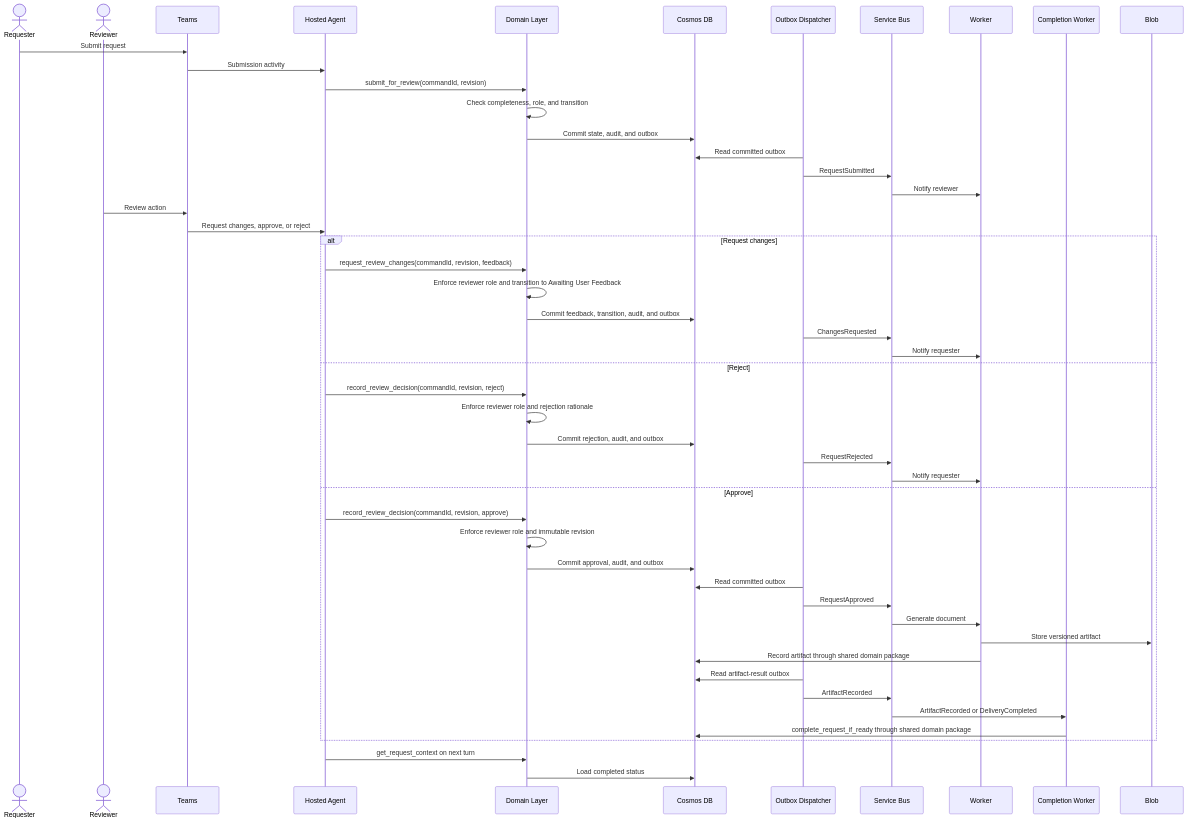
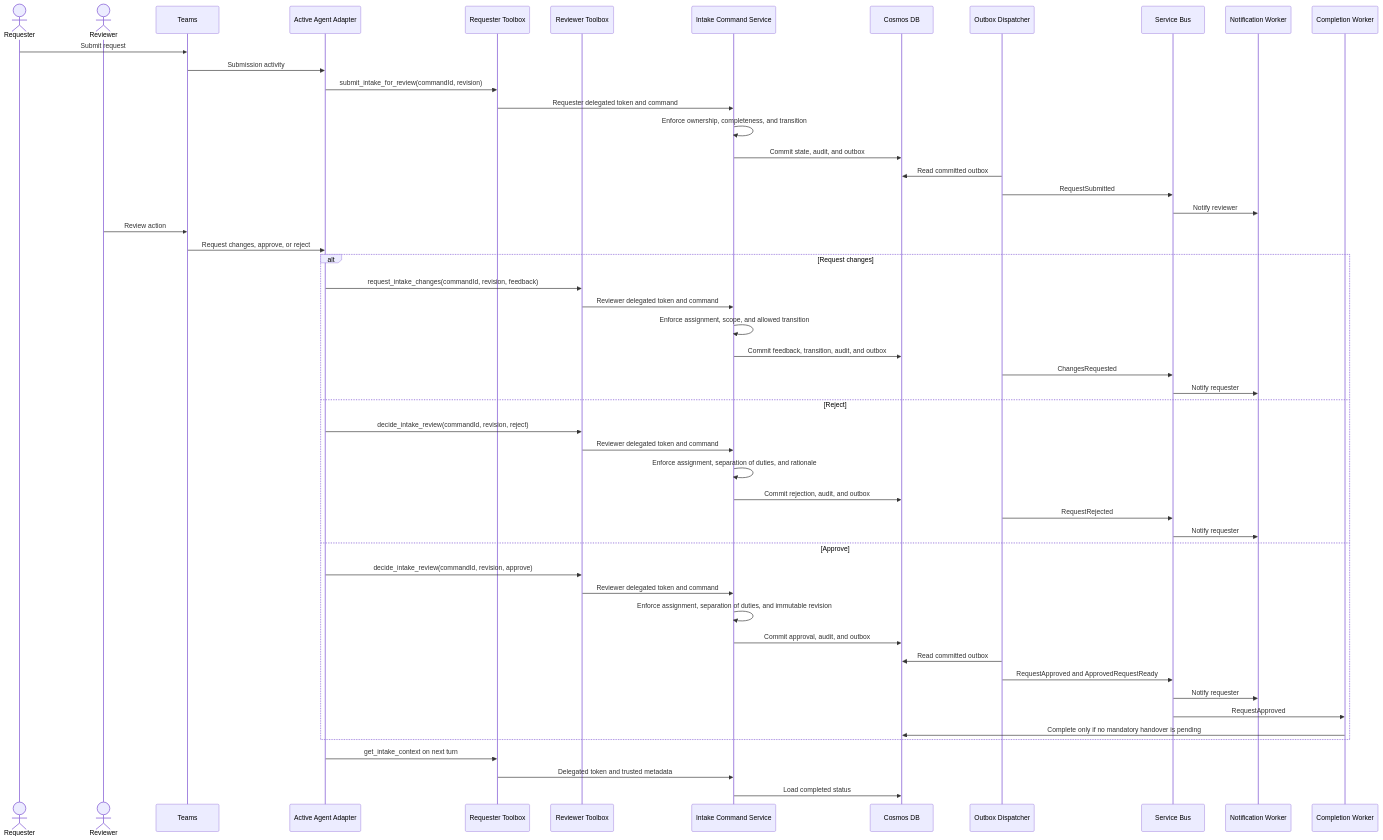
One commit to duongthaiha/intake-agent changed the seventh of 13 diagrams in docs/architecture-design.md. Above: the diagram before and after it, drawn with Mermaid. The commit also changed other lines of this file and 1 other file, not shown here.

````diff
--- a/docs/architecture-design.md
+++ b/docs/architecture-design.md
@@ -552,53 +615,55 @@
 ```mermaid
 sequenceDiagram
     actor Requester
     actor Reviewer
     participant Teams
-    participant Agent as Hosted Agent
-    participant Domain as Domain Layer
+    participant Agent as Active Agent Adapter
+    participant RequesterTools as Requester Toolbox
+    participant ReviewerTools as Reviewer Toolbox
+    participant MCP as Intake Command Service
     participant DB as Cosmos DB
     participant Dispatcher as Outbox Dispatcher
     participant Bus as Service Bus
-    participant Worker
+    participant Notification as Notification Worker
     participant Completion as Completion Worker
-    participant Blob
 
     Requester->>Teams: Submit request
     Teams->>Agent: Submission activity
-    Agent->>Domain: submit_for_review(commandId, revision)
-    Domain->>Domain: Check completeness, role, and transition
-    Domain->>DB: Commit state, audit, and outbox
+    Agent->>RequesterTools: submit_intake_for_review(commandId, revision)
+    RequesterTools->>MCP: Requester delegated token and command
+    MCP->>MCP: Enforce ownership, completeness, and transition
+    MCP->>DB: Commit state, audit, and outbox
     Dispatcher->>DB: Read committed outbox
     Dispatcher->>Bus: RequestSubmitted
-    Bus->>Worker: Notify reviewer
+    Bus->>Notification: Notify reviewer
     Reviewer->>Teams: Review action
     Teams->>Agent: Request changes, approve, or reject
     alt Request changes
-        Agent->>Domain: request_review_changes(commandId, revision, feedback)
-        Domain->>Domain: Enforce reviewer role and transition to Awaiting User Feedback
-        Domain->>DB: Commit feedback, transition, audit, and outbox
+        Agent->>ReviewerTools: request_intake_changes(commandId, revision, feedback)
+        ReviewerTools->>MCP: Reviewer delegated token and command
+        MCP->>MCP: Enforce assignment, scope, and allowed transition
+        MCP->>DB: Commit feedback, transition, audit, and outbox
         Dispatcher->>Bus: ChangesRequested
-        Bus->>Worker: Notify requester
+        Bus->>Notification: Notify requester
     else Reject
-        Agent->>Domain: record_review_decision(commandId, revision, reject)
-        Domain->>Domain: Enforce reviewer role and rejection rationale
-        Domain->>DB: Commit rejection, audit, and outbox
+        Agent->>ReviewerTools: decide_intake_review(commandId, revision, reject)
+        ReviewerTools->>MCP: Reviewer delegated token and command
+        MCP->>MCP: Enforce assignment, separation of duties, and rationale
+        MCP->>DB: Commit rejection, audit, and outbox
         Dispatcher->>Bus: RequestRejected
-        Bus->>Worker: Notify requester
+        Bus->>Notification: Notify requester
     else Approve
-        Agent->>Domain: record_review_decision(commandId, revision, approve)
-        Domain->>Domain: Enforce reviewer role and immutable revision
-        Domain->>DB: Commit approval, audit, and outbox
+        Agent->>ReviewerTools: decide_intake_review(commandId, revision, approve)
+        ReviewerTools->>MCP: Reviewer delegated token and command
+        MCP->>MCP: Enforce assignment, separation of duties, and immutable revision
+        MCP->>DB: Commit approval, audit, and outbox
         Dispatcher->>DB: Read committed outbox
-        Dispatcher->>Bus: RequestApproved
-        Bus->>Worker: Generate document
-        Worker->>Blob: Store versioned artifact
-        Worker->>DB: Record artifact through shared domain package
-        Dispatcher->>DB: Read artifact-result outbox
-        Dispatcher->>Bus: ArtifactRecorded
-        Bus->>Completion: ArtifactRecorded or DeliveryCompleted
-        Completion->>DB: complete_request_if_ready through shared domain package
+        Dispatcher->>Bus: RequestApproved and ApprovedRequestReady
+        Bus->>Notification: Notify requester
+        Bus->>Completion: RequestApproved
+        Completion->>DB: Complete only if no mandatory handover is pending
     end
-    Agent->>Domain: get_request_context on next turn
-    Domain->>DB: Load completed status
+    Agent->>RequesterTools: get_intake_context on next turn
+    RequesterTools->>MCP: Delegated token and trusted metadata
+    MCP->>DB: Load completed status
 ```
````
